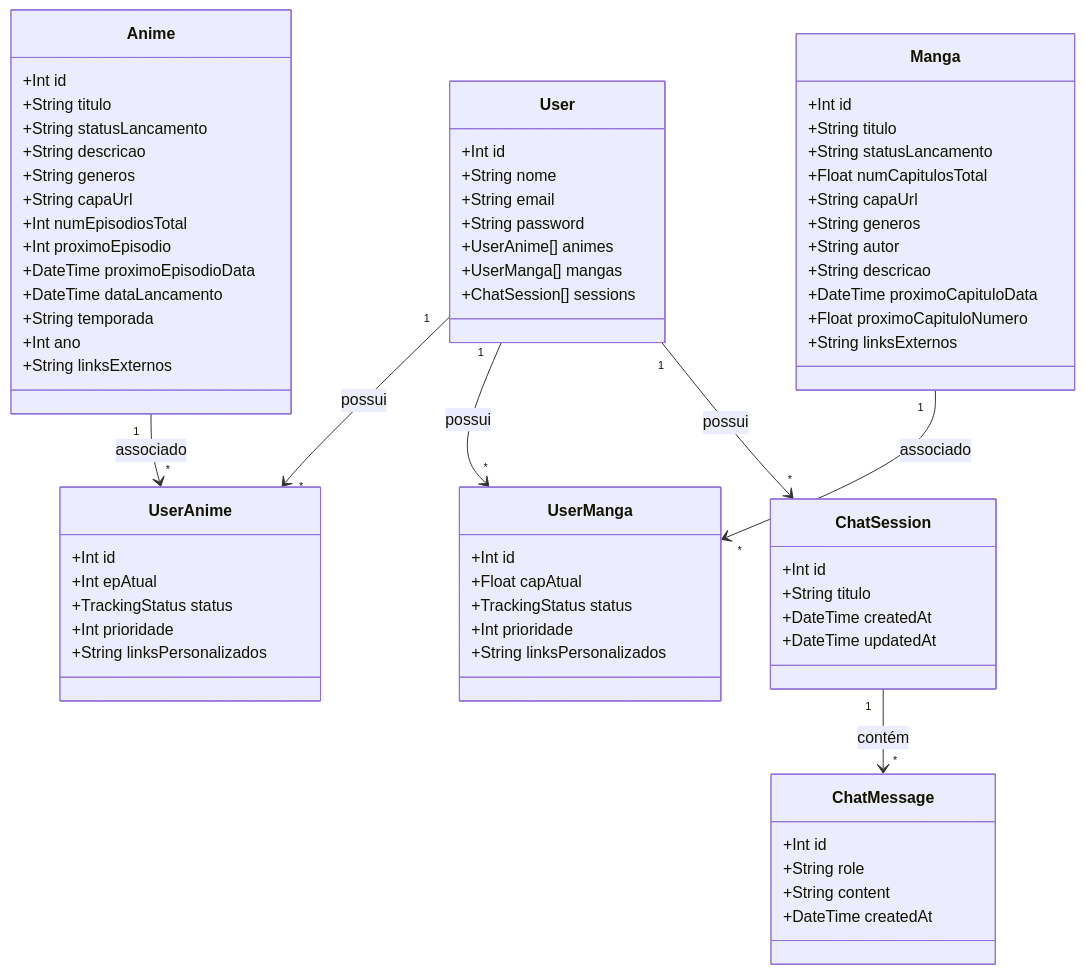
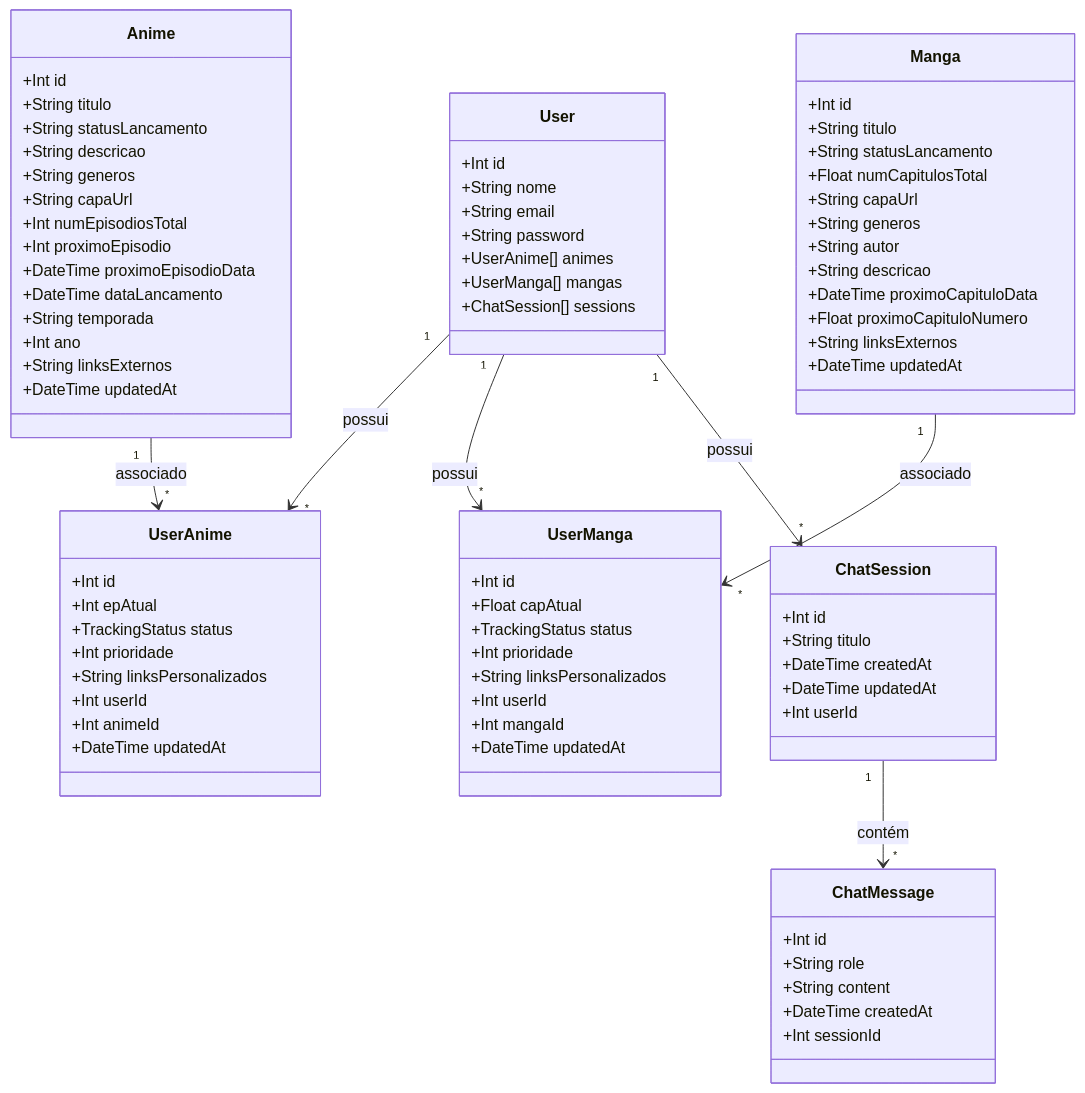
One commit to Braz55/Otaku-Time-v2 changed the second of 2 diagrams in README.md. Above: the diagram before and after it, drawn with Mermaid. The commit also changed 17 other files, not shown here.

```diff
--- a/README.md
+++ b/README.md
@@ -110,6 +110,7 @@
         +String temporada
         +Int ano
         +String linksExternos
+        +DateTime updatedAt
     }
 
     class Manga {
@@ -124,6 +125,7 @@
         +DateTime proximoCapituloData
         +Float proximoCapituloNumero
         +String linksExternos
+        +DateTime updatedAt
     }
 
     class UserAnime {
@@ -132,6 +134,9 @@
         +TrackingStatus status
         +Int prioridade
         +String linksPersonalizados
+        +Int userId
+        +Int animeId
+        +DateTime updatedAt
     }
 
     class UserManga {
@@ -140,6 +145,9 @@
         +TrackingStatus status
         +Int prioridade
         +String linksPersonalizados
+        +Int userId
+        +Int mangaId
+        +DateTime updatedAt
     }
 
     class ChatSession {
@@ -147,6 +155,7 @@
         +String titulo
         +DateTime createdAt
         +DateTime updatedAt
+        +Int userId
     }
 
     class ChatMessage {
@@ -154,6 +163,7 @@
         +String role
         +String content
         +DateTime createdAt
+        +Int sessionId
     }
 
     User "1" --> "*" UserAnime : possui
```
